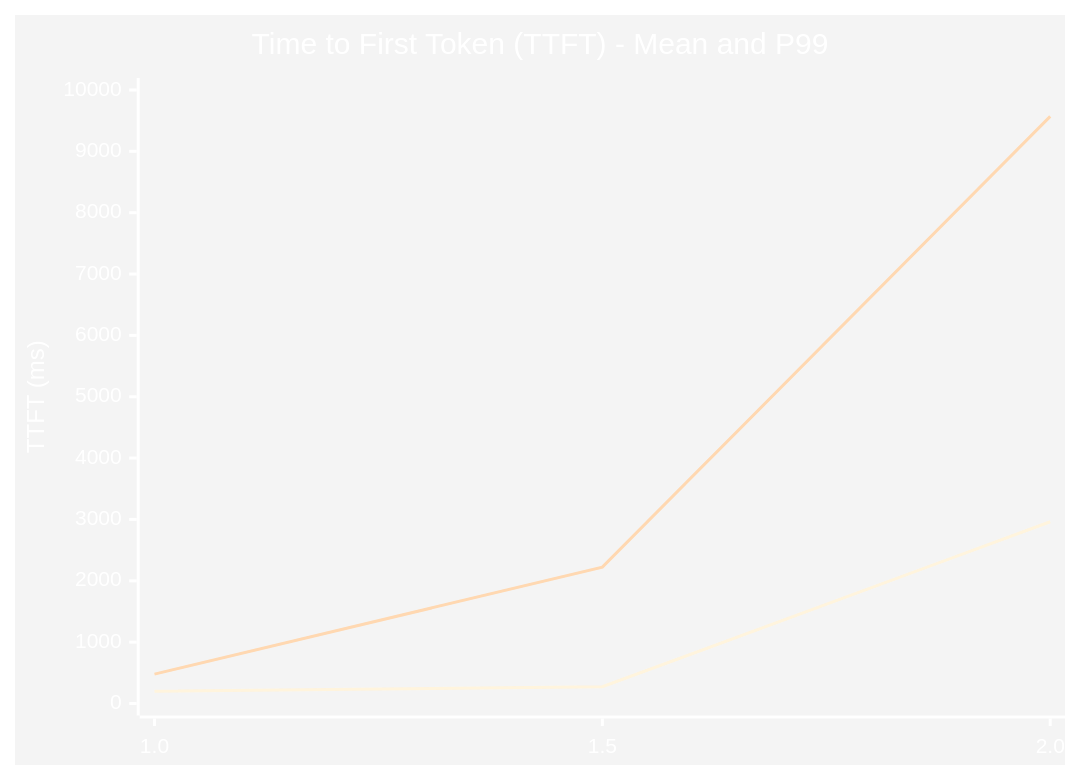
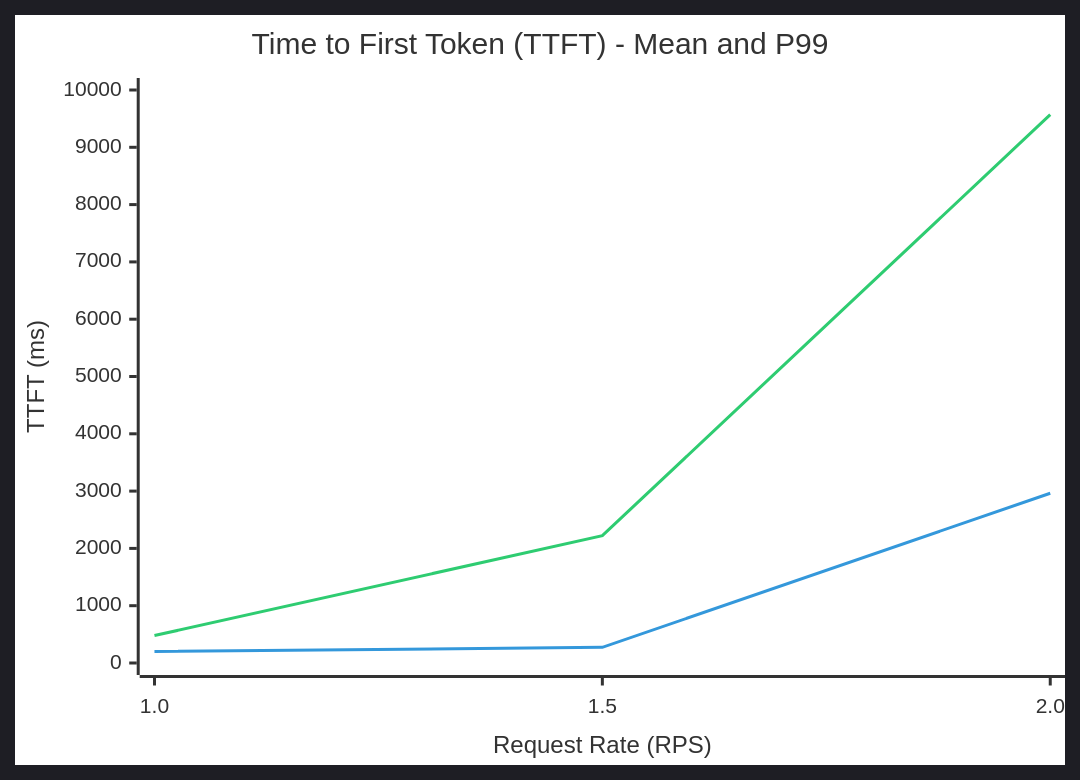
Before and after one commit to dmadicTT/tt-vllm-plugin: the second of 3 diagrams in README.md, drawn with Mermaid. The commit also changed other lines of this file, not shown here.

Commit message:
Update chart colors

````diff
--- a/README.md
+++ b/README.md
@@ -98,9 +98,9 @@
 ```mermaid
-%%{init: {'theme':'base', 'themeVariables': {'primaryColor':'#ff6b6b','primaryTextColor':'#fff','primaryBorderColor':'#7C0000','lineColor':'#4ECDC4','secondaryColor':'#006100','tertiaryColor':'#fff'}}}%%
+%%{init: {'theme':'dark', 'themeVariables': {'primaryColor':'#000000','primaryTextColor':'#333333','primaryBorderColor':'#000000','lineColor':'#000000','secondaryColor':'#000000','tertiaryColor':'#000000','textColor':'#333333','background':'#ffffff','mainBkgColor':'#ffffff'}}}%%
 xychart-beta
     title "Time to First Token (TTFT) - Mean and P99"
-    x-axis [1.0, 1.5, 2.0]
+    x-axis "Request Rate (RPS)" [1.0, 1.5, 2.0]
     y-axis "TTFT (ms)" 0 --> 10000
     line "Mean TTFT" [199.34, 273.14, 2962.19]
     line "P99 TTFT" [478.80, 2222.49, 9569.23]
 ```
````
